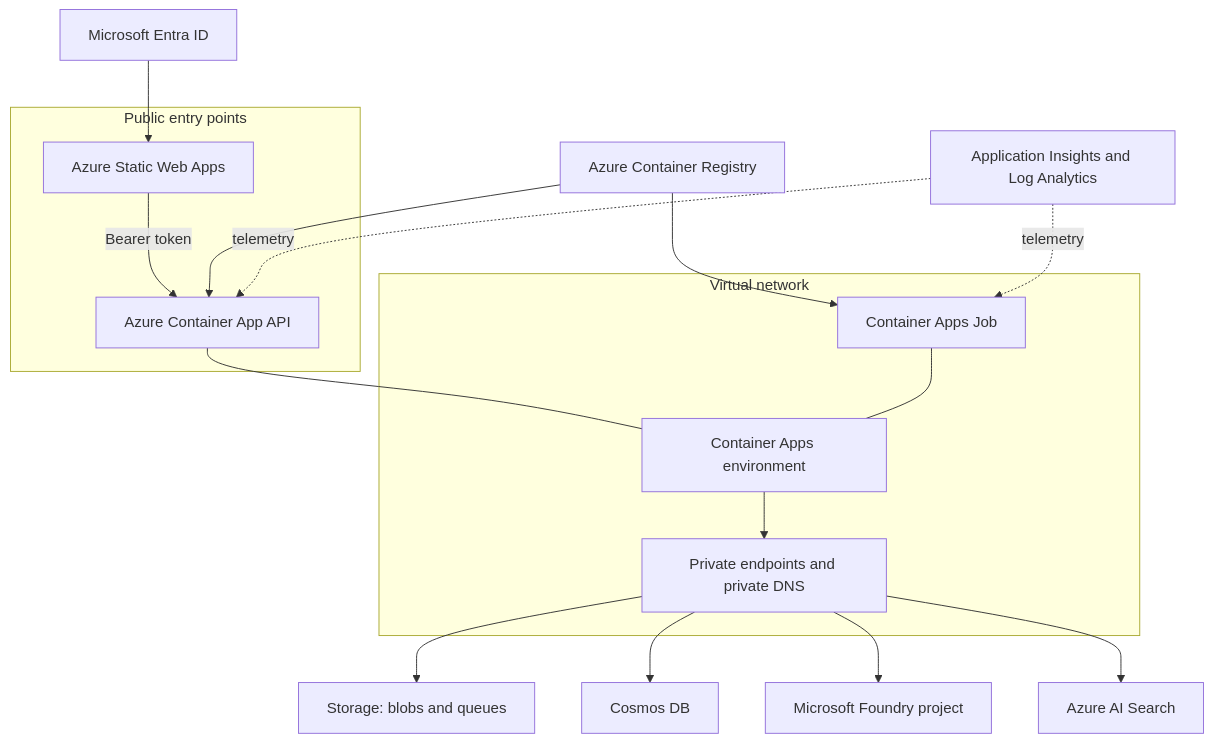
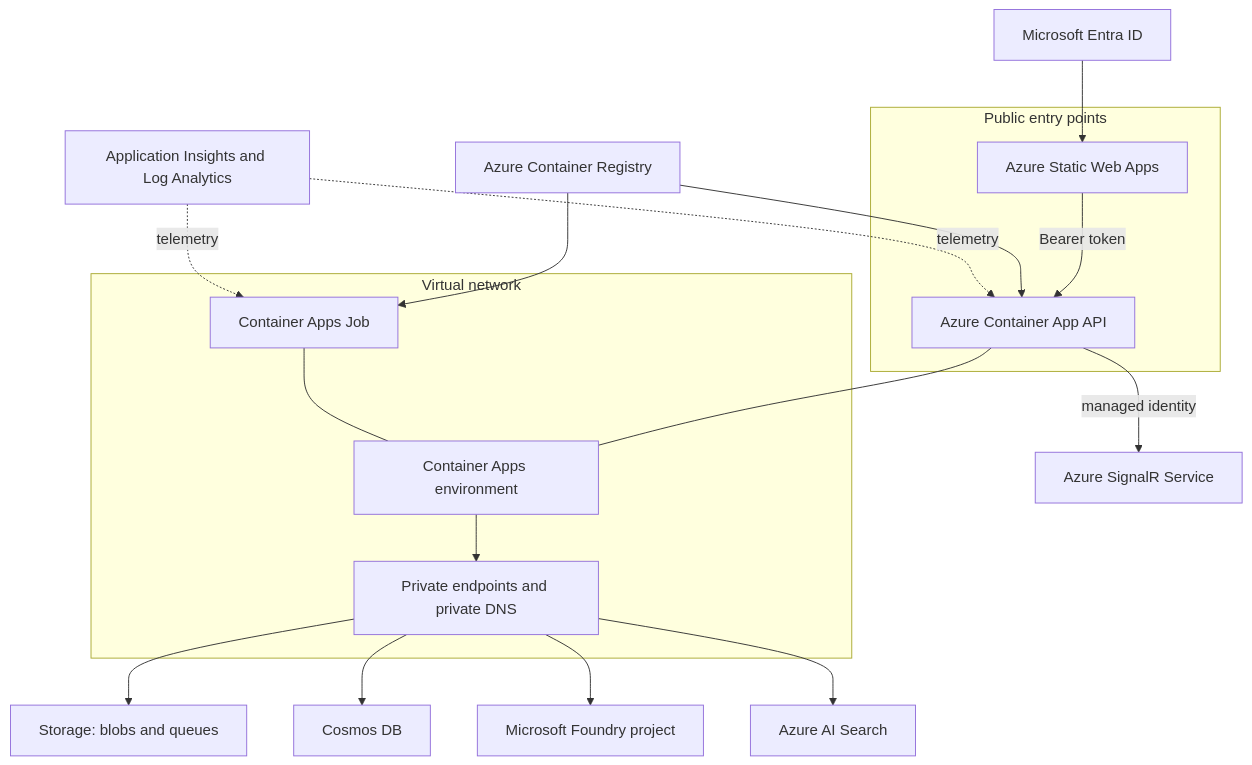
The first of 2 diagrams in docs/architecture.md (mathieumack/foundry-comics-mai), drawn with Mermaid before and after one commit. The commit also changed other lines of this file and 7 other files, not shown here.

First line of the commit message:
Provision Azure SignalR for the API (#32)

````diff
--- a/docs/architecture.md
+++ b/docs/architecture.md
@@ -14,25 +14,26 @@
 ```mermaid
 flowchart TB
     subgraph Public[Public entry points]
         SWA[Azure Static Web Apps]
         ACA[Azure Container App API]
     end
     Entra[Microsoft Entra ID] --> SWA
     SWA -->|Bearer token| ACA
     subgraph VNet[Virtual network]
         CAE[Container Apps environment]
         Job[Container Apps Job]
         PE[Private endpoints and private DNS]
     end
     ACA --- CAE
     Job --- CAE
     CAE --> PE
     PE --> Storage[Storage: blobs and queues]
     PE --> Cosmos[Cosmos DB]
     PE --> Foundry[Microsoft Foundry project]
     PE --> Search[Azure AI Search]
+    ACA -->|managed identity| SignalR[Azure SignalR Service]
     ACR[Azure Container Registry] --> ACA
     ACR --> Job
     Monitor[Application Insights and Log Analytics] -. telemetry .-> ACA
     Monitor -. telemetry .-> Job
 ```
````
